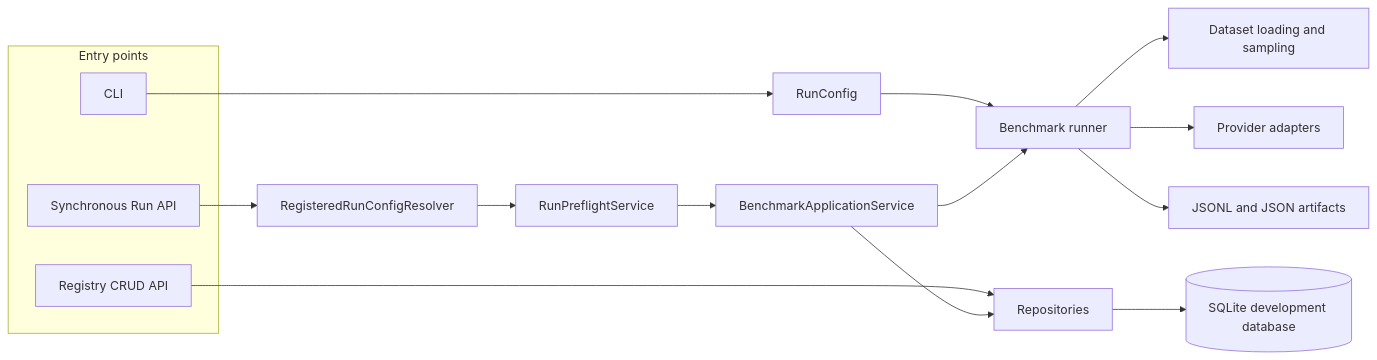
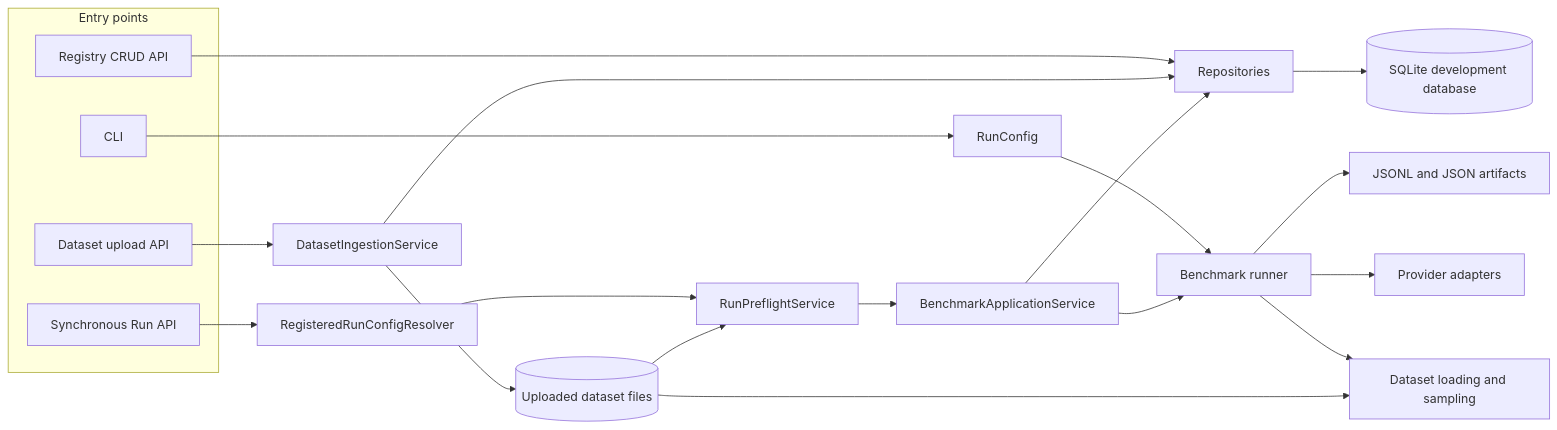
The first of 7 diagrams in docs/architecture.md (ataozalpp/llm-benchmark), drawn with Mermaid before and after one commit. The commit also changed other lines of this file and 2 other files, not shown here.

````diff
--- a/docs/architecture.md
+++ b/docs/architecture.md
@@ -41,23 +44,29 @@
 ```mermaid
 flowchart LR
     subgraph EntryPoints[Entry points]
         CLI[CLI]
         RegistryAPI[Registry CRUD API]
+        UploadAPI[Dataset upload API]
         RunAPI[Synchronous Run API]
     end
 
     CLI --> Config[RunConfig]
     Config --> Runner[Benchmark runner]
 
     RegistryAPI --> Repositories[Repositories]
+    UploadAPI --> Ingestion[DatasetIngestionService]
+    Ingestion --> UploadedFiles[(Uploaded dataset files)]
+    Ingestion --> Repositories
     RunAPI --> Resolver[RegisteredRunConfigResolver]
     Resolver --> Preflight[RunPreflightService]
+    UploadedFiles --> Preflight
     Preflight --> AppService[BenchmarkApplicationService]
     AppService --> Runner
     AppService --> Repositories
 
     Runner --> Dataset[Dataset loading and sampling]
+    UploadedFiles --> Dataset
     Runner --> Providers[Provider adapters]
     Runner --> Artifacts[JSONL and JSON artifacts]
     Repositories --> DB[(SQLite development database)]
 ```
````
